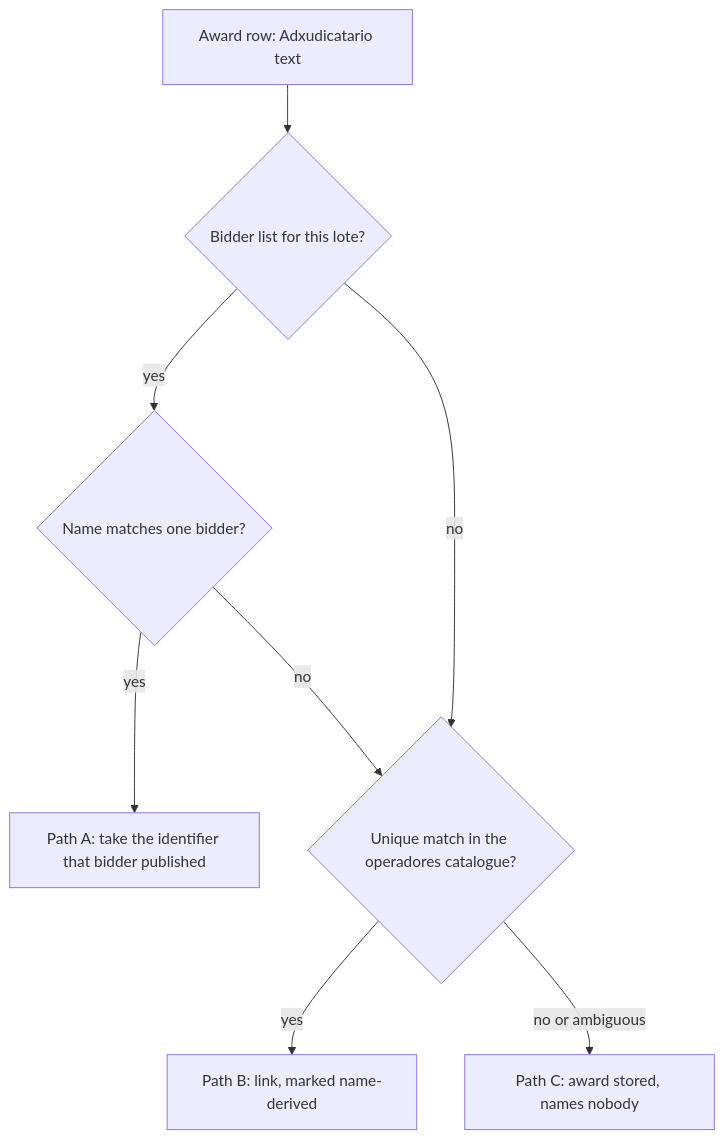
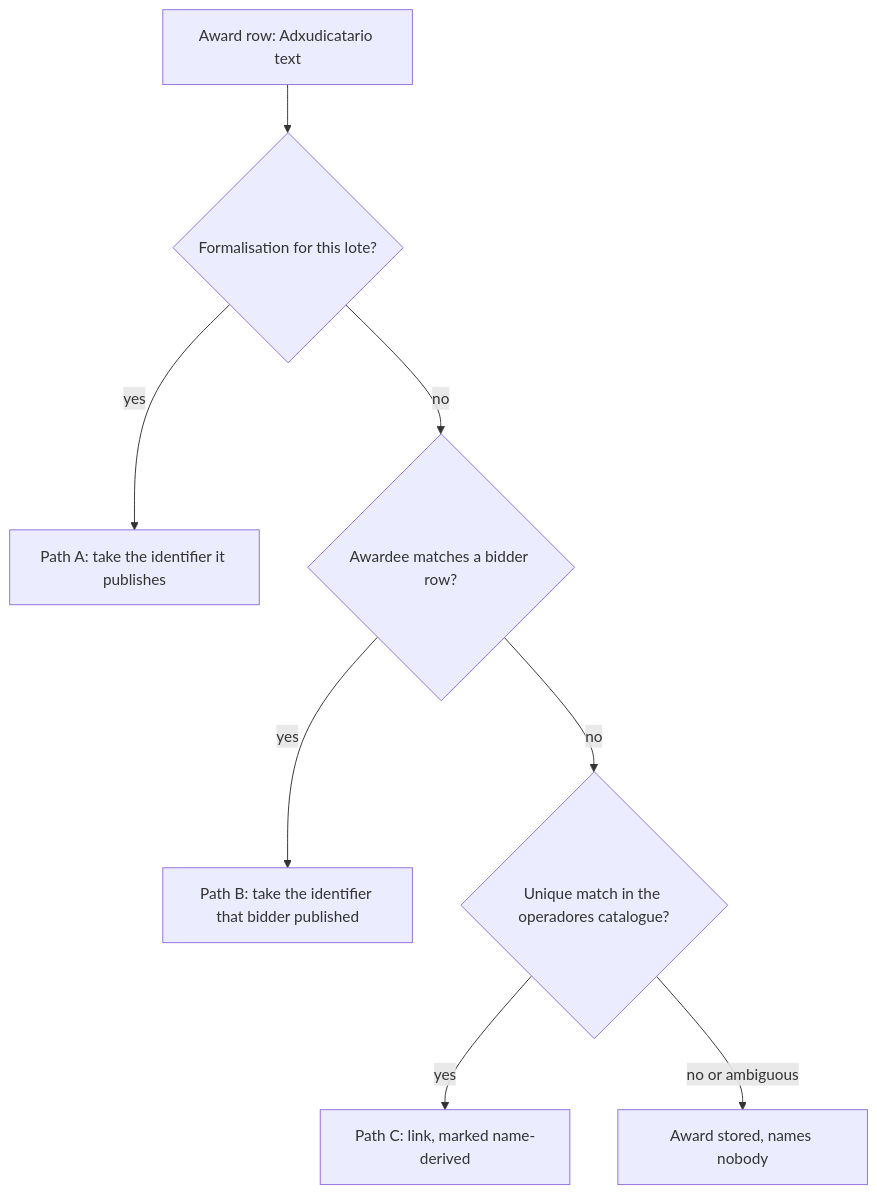
One commit to earelin/conxugal changed the fourth of 4 diagrams in docs/features/FEAT-0015-licitacions-initial-import/README.md. Above: the diagram before and after it, drawn with Mermaid. The commit also changed other lines of this file and 2 other files, not shown here.

First line of the commit message:
docs: the formalisation publishes the awardee's identifier (FEAT-0015, SPEC-0008)

````diff
--- a/docs/features/FEAT-0015-licitacions-initial-import/README.md
+++ b/docs/features/FEAT-0015-licitacions-initial-import/README.md
@@ -676,10 +649,10 @@
 ```mermaid
 flowchart TD
-  A[Award row: Adxudicatario text] --> B{Bidder list for this lote?}
-  B -- yes --> C{Name matches one bidder?}
-  C -- yes --> D[Path A: take the identifier that bidder published]
-  C -- no --> E{Unique match in the operadores catalogue?}
-  B -- no --> E
-  E -- yes --> F[Path B: link, marked name-derived]
-  E -- no or ambiguous --> G[Path C: award stored, names nobody]
+  A[Award row: Adxudicatario text] --> B{Formalisation for this lote?}
+  B -- yes --> C[Path A: take the identifier it publishes]
+  B -- no --> D{Awardee matches a bidder row?}
+  D -- yes --> E[Path B: take the identifier that bidder published]
+  D -- no --> F{Unique match in the operadores catalogue?}
+  F -- yes --> G[Path C: link, marked name-derived]
+  F -- no or ambiguous --> H[Award stored, names nobody]
 ```
````
